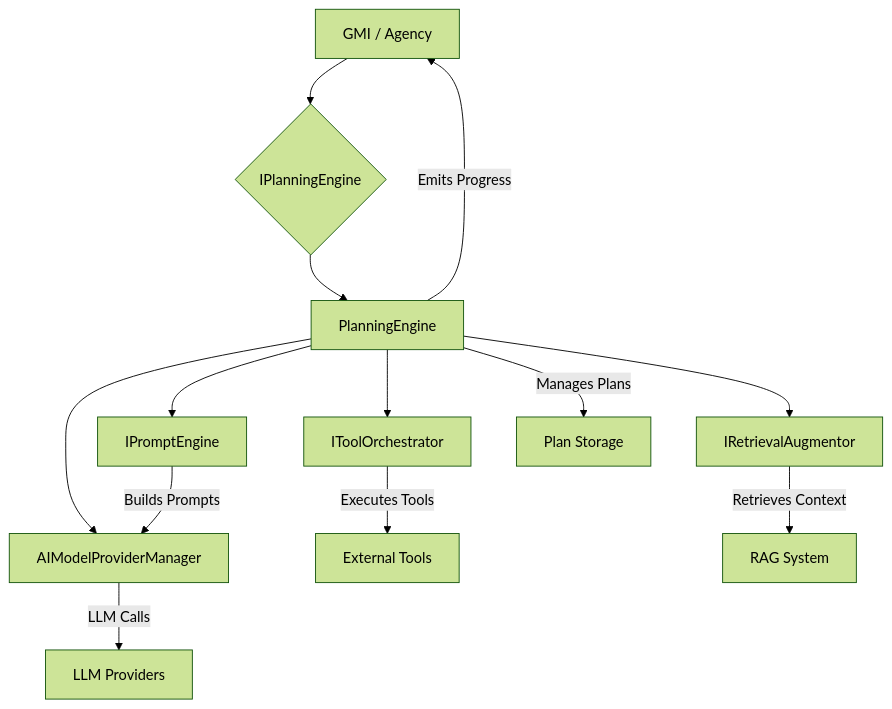
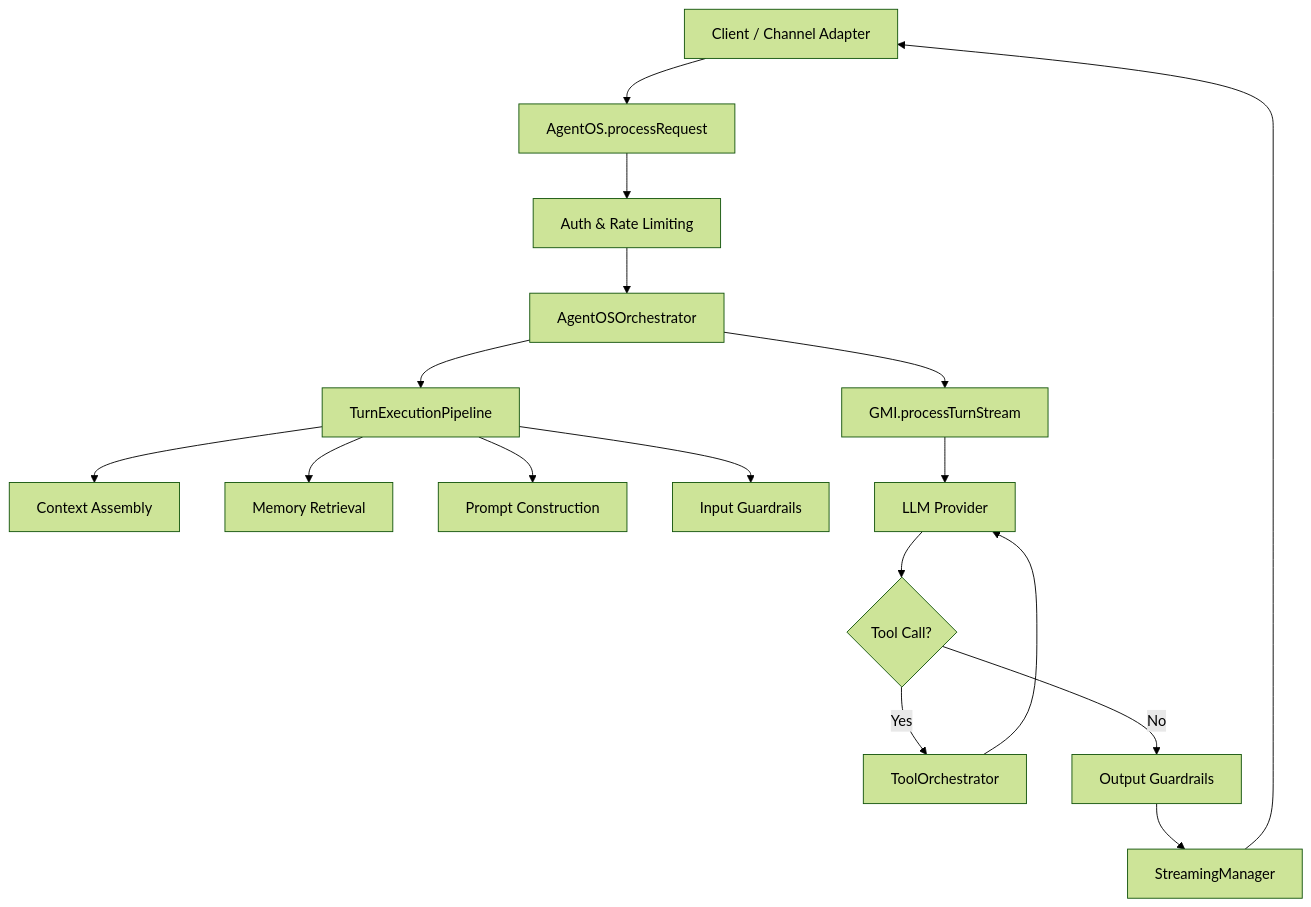
Before and after one commit to framersai/agentos-live-docs: the first of 6 diagrams in docs/architecture/system-architecture.md, drawn with Mermaid (forest theme). The commit also changed other lines of this file and 1688 other files, not shown here.

````diff
--- a/docs/architecture/system-architecture.md
+++ b/docs/architecture/system-architecture.md
@@ -4078,17 +183,19 @@
 ```mermaid
-graph TD
-    A[GMI / Agency] --> B{IPlanningEngine}
-    B --> C[PlanningEngine]
-    C --> D[IPromptEngine]
-    C --> E[AIModelProviderManager]
-    C --> F[IToolOrchestrator]
-    C --> G[IRetrievalAugmentor]
-
-    D -- Builds Prompts --> E
-    E -- LLM Calls --> H[LLM Providers]
-    F -- Executes Tools --> I[External Tools]
-    G -- Retrieves Context --> J[RAG System]
-
-    C -- Manages Plans --> K[Plan Storage]
-    C -- Emits Progress --> A
+graph TB
+    Client[Client / Channel Adapter] --> API[AgentOS.processRequest]
+    API --> Auth[Auth & Rate Limiting]
+    Auth --> Orch[AgentOSOrchestrator]
+    Orch --> TurnPipe[TurnExecutionPipeline]
+    TurnPipe --> CtxAssembly[Context Assembly]
+    TurnPipe --> MemRetrieve[Memory Retrieval]
+    TurnPipe --> PromptBuild[Prompt Construction]
+    TurnPipe --> InputGuard[Input Guardrails]
+    Orch --> GMI[GMI.processTurnStream]
+    GMI --> LLM[LLM Provider]
+    LLM --> ToolCall{Tool Call?}
+    ToolCall -->|Yes| ToolOrch[ToolOrchestrator]
+    ToolOrch --> LLM
+    ToolCall -->|No| OutputGuard[Output Guardrails]
+    OutputGuard --> Stream[StreamingManager]
+    Stream --> Client
 ```
````
